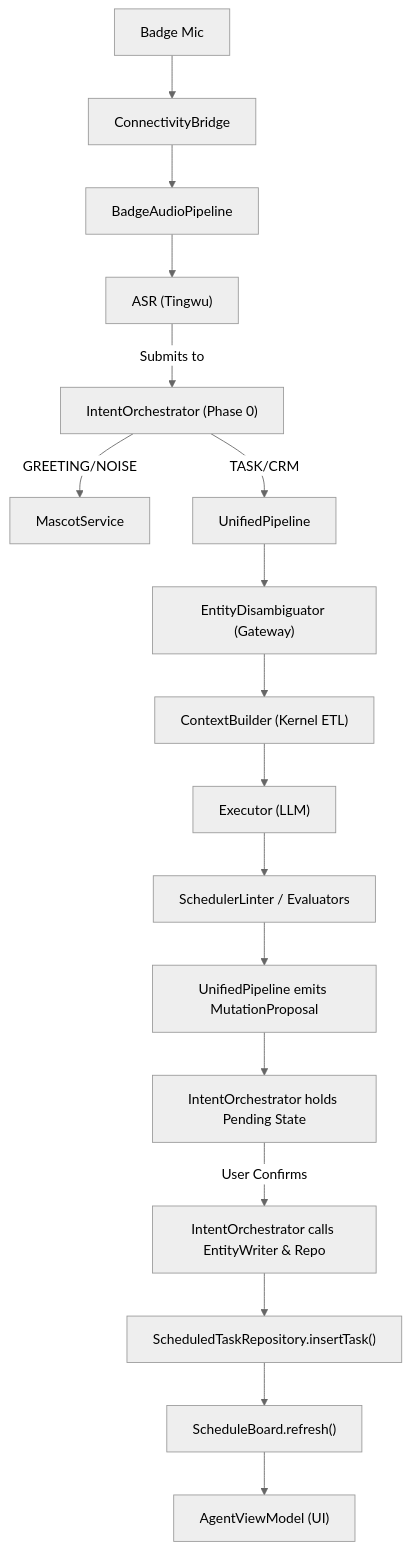
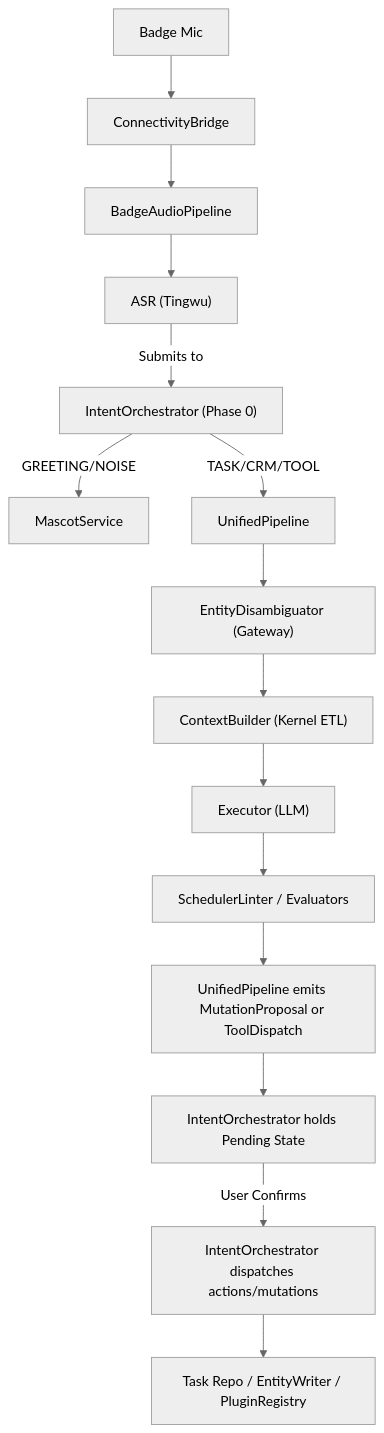
The diagram in docs/cerb/interface-map.md (esir-nus/smart-sales-main), drawn with Mermaid (neutral theme) before and after one commit. The commit also changed other lines of this file and 13 other files, not shown here.

````diff
--- a/docs/cerb/interface-map.md
+++ b/docs/cerb/interface-map.md
@@ -118,19 +118,17 @@
 ```mermaid
 graph TD
     A["Badge Mic"] --> B["ConnectivityBridge"]
     B --> C["BadgeAudioPipeline"]
     C --> D["ASR (Tingwu)"]
     D -->|Submits to| E["IntentOrchestrator (Phase 0)"]
     E -->|GREETING/NOISE| F1["MascotService"]
-    E -->|TASK/CRM| E2["UnifiedPipeline"]
+    E -->|TASK/CRM/TOOL| E2["UnifiedPipeline"]
     E2 --> F0["EntityDisambiguator (Gateway)"]
     F0 --> F2["ContextBuilder (Kernel ETL)"]
     F2 --> F["Executor (LLM)"]
     F --> G["SchedulerLinter / Evaluators"]
-    G --> H1["UnifiedPipeline emits MutationProposal"]
+    G --> H1["UnifiedPipeline emits MutationProposal or ToolDispatch"]
     H1 --> H2["IntentOrchestrator holds Pending State"]
-    H2 -->|User Confirms| H3["IntentOrchestrator calls EntityWriter & Repo"]
-    H3 --> I["ScheduledTaskRepository.insertTask()"]
-    I --> J["ScheduleBoard.refresh()"]
-    J --> K["AgentViewModel (UI)"]
+    H2 -->|User Confirms| H3["IntentOrchestrator dispatches actions/mutations"]
+    H3 --> I["Task Repo / EntityWriter / PluginRegistry"]
 ```
````
